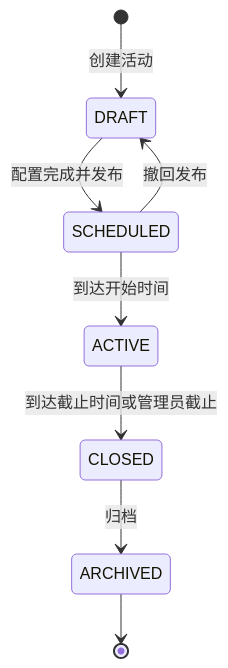
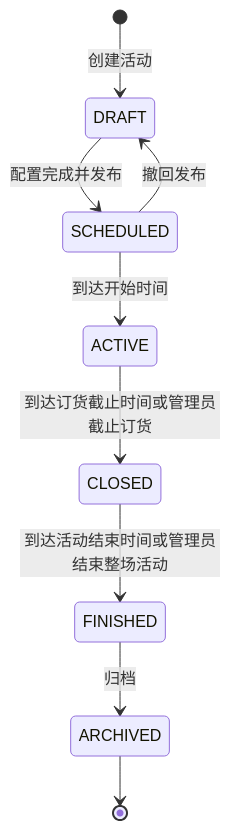
One commit to ChenWang08/ordershow changed the first of 9 diagrams in docs/design/04-state-machines.md. Above: the diagram before and after it, drawn with Mermaid. The commit also changed other lines of this file and 22 other files, not shown here.

````diff
--- a/docs/design/04-state-machines.md
+++ b/docs/design/04-state-machines.md
@@ -13,10 +13,11 @@
 ```mermaid
 stateDiagram-v2
   [*] --> DRAFT: 创建活动
   DRAFT --> SCHEDULED: 配置完成并发布
   SCHEDULED --> DRAFT: 撤回发布
   SCHEDULED --> ACTIVE: 到达开始时间
-  ACTIVE --> CLOSED: 到达截止时间或管理员截止
-  CLOSED --> ARCHIVED: 归档
+  ACTIVE --> CLOSED: 到达订货截止时间或管理员截止订货
+  CLOSED --> FINISHED: 到达活动结束时间或管理员结束整场活动
+  FINISHED --> ARCHIVED: 归档
   ARCHIVED --> [*]
 ```
````
